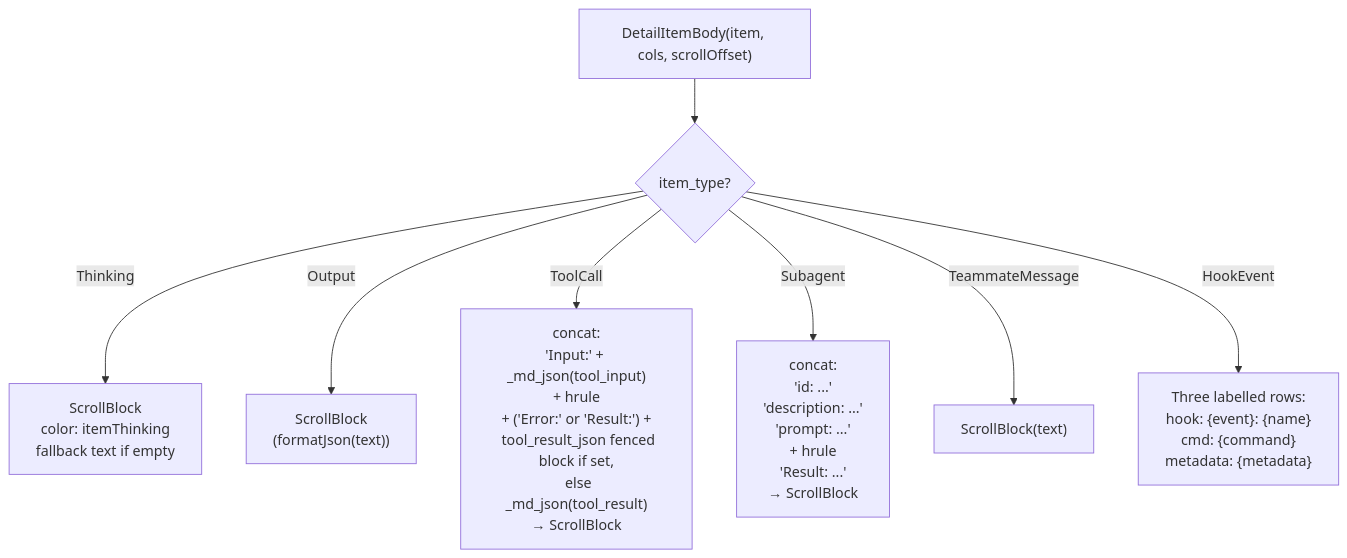
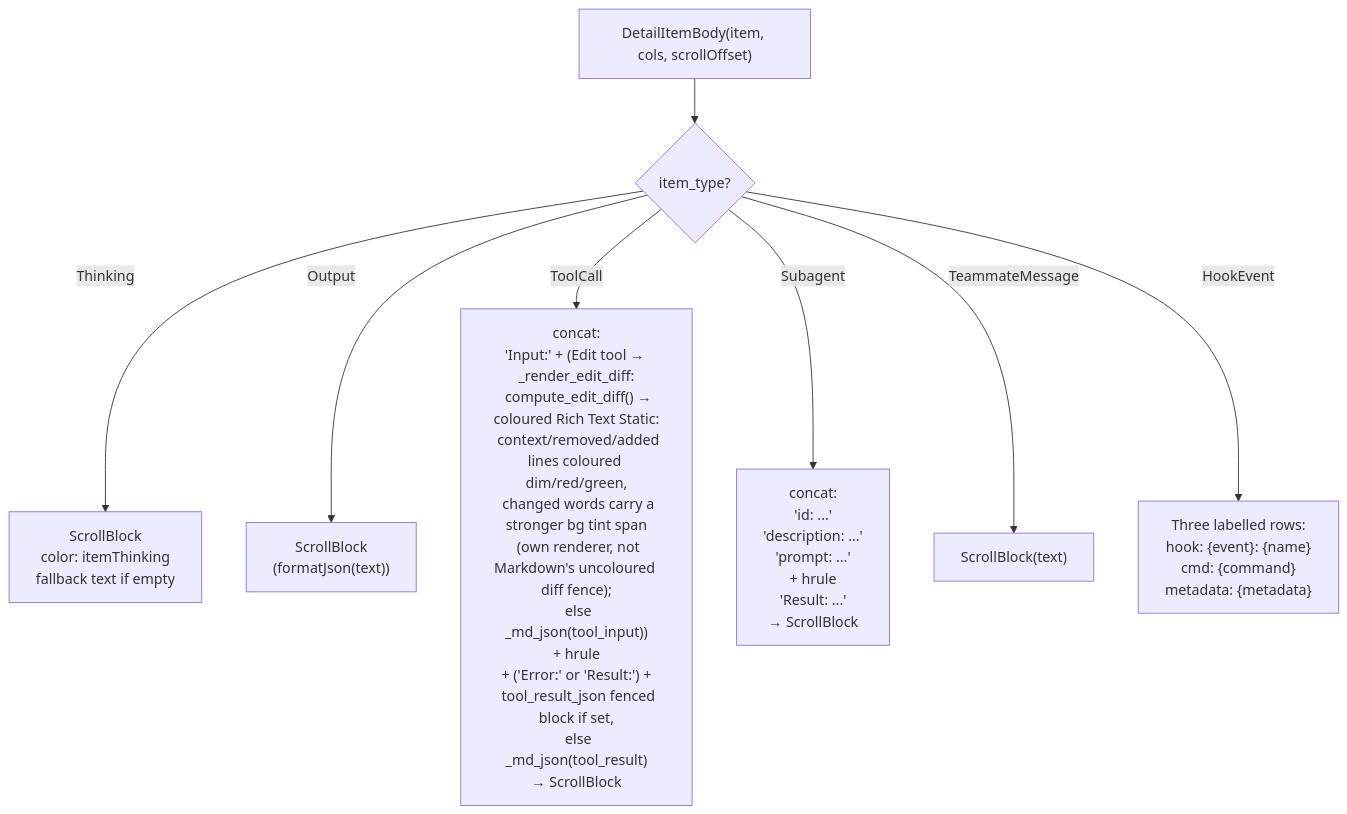
The third of 11 diagrams in specs/13-item-rendering.md (delexw/claude-code-trace), drawn with Mermaid before and after one commit. The commit also changed other lines of this file and 13 other files, not shown here.

First line of the commit message:
Add structured diff view for Edit tool with word-level highlighting (#165)

````diff
--- a/specs/13-item-rendering.md
+++ b/specs/13-item-rendering.md
@@ -112,12 +113,12 @@
 ```mermaid
 flowchart TD
     BODY["DetailItemBody(item, cols, scrollOffset)"]
     BODY --> T{"item_type?"}
 
     T -->|"Thinking"| TH["ScrollBlock\ncolor: itemThinking\nfallback text if empty"]
     T -->|"Output"| OUT["ScrollBlock\n(formatJson(text))"]
-    T -->|"ToolCall"| TC["concat:\n'Input:' + _md_json(tool_input)\n+ hrule\n+ ('Error:' or 'Result:') +\n  tool_result_json fenced block if set,\n  else _md_json(tool_result)\n→ ScrollBlock"]
+    T -->|"ToolCall"| TC["concat:\n'Input:' + (Edit tool → _render_edit_diff:\n  compute_edit_diff() → coloured Rich Text Static:\n  context/removed/added lines coloured dim/red/green,\n  changed words carry a stronger bg tint span\n  (own renderer, not Markdown's uncoloured diff fence);\n  else _md_json(tool_input))\n+ hrule\n+ ('Error:' or 'Result:') +\n  tool_result_json fenced block if set,\n  else _md_json(tool_result)\n→ ScrollBlock"]
     T -->|"Subagent"| SA["concat:\n'id: ...'\n'description: ...'\n'prompt: ...'\n+ hrule\n'Result: ...'\n→ ScrollBlock"]
     T -->|"TeammateMessage"| TM["ScrollBlock(text)"]
     T -->|"HookEvent"| HK["Three labelled rows:\nhook: {event}: {name}\ncmd: {command}\nmetadata: {metadata}"]
 ```
````
